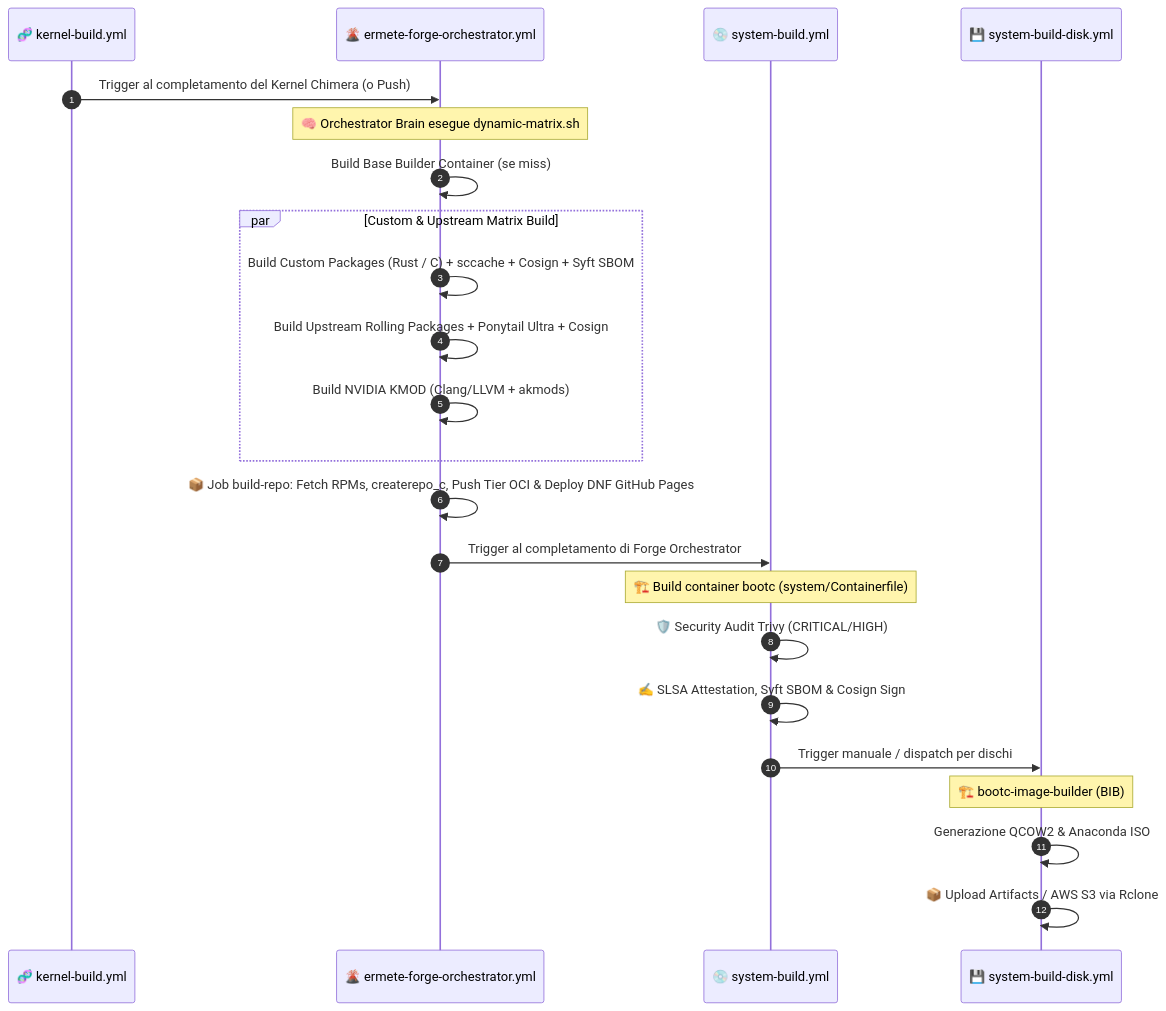
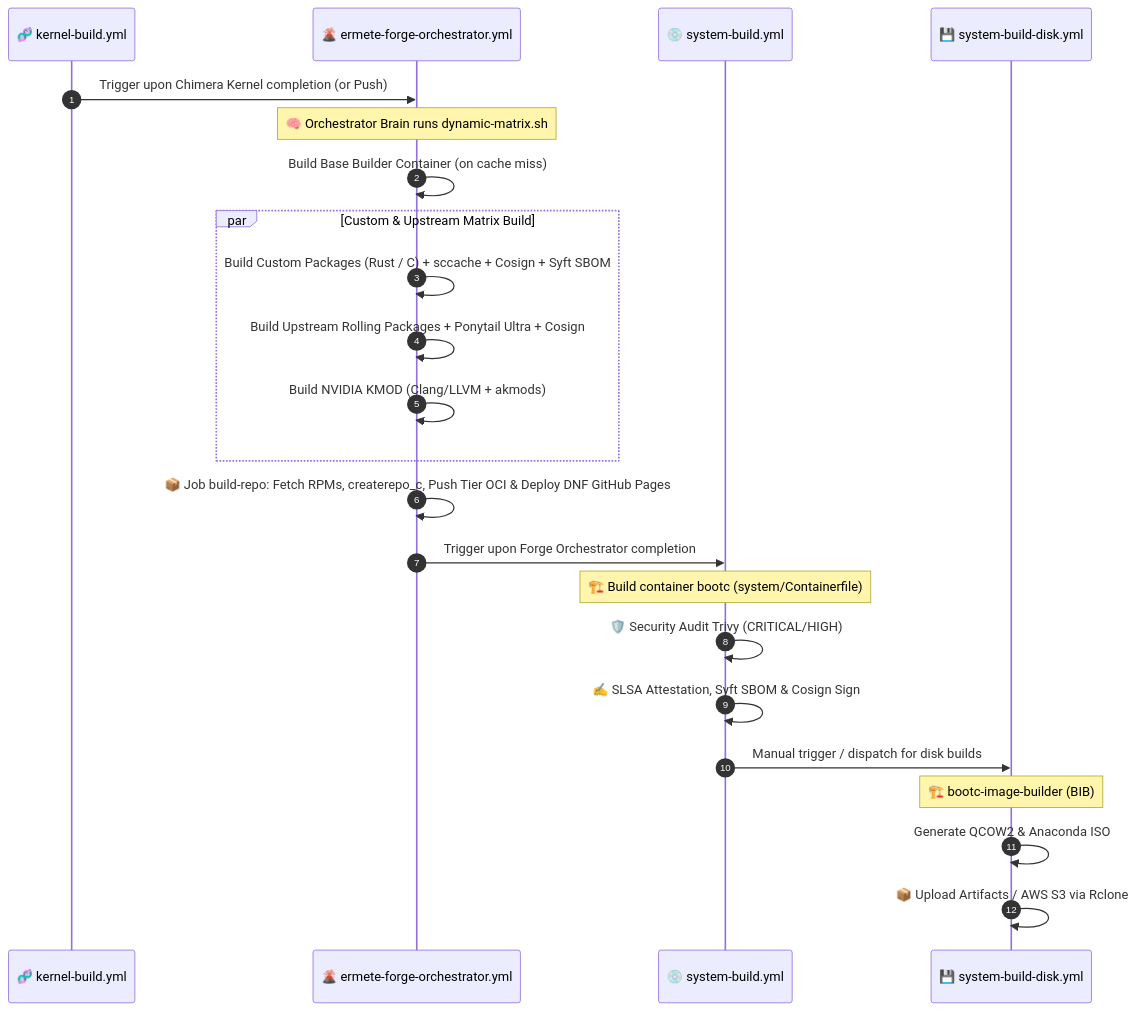
Before and after one commit to hr-mes/ermete-os: the second of 2 diagrams in docs/architecture/doc_build_system.md, drawn with Mermaid. The commit also changed other lines of this file and 11 other files, not shown here.

Commit message:
docs(core): enterprise uplift via shared-docs-sync agent for deep architecture

````diff
--- a/docs/architecture/doc_build_system.md
+++ b/docs/architecture/doc_build_system.md
@@ -202,26 +202,26 @@
 ```mermaid
 sequenceDiagram
     autonumber
     participant KB as 🧬 kernel-build.yml
     participant FO as 🌋 ermete-forge-orchestrator.yml
     participant SB as 💿 system-build.yml
     participant SD as 💾 system-build-disk.yml
 
-    KB->>FO: Trigger al completamento del Kernel Chimera (o Push)
-    Note over FO: 🧠 Orchestrator Brain esegue dynamic-matrix.sh
-    FO->>FO: Build Base Builder Container (se miss)
+    KB->>FO: Trigger upon Chimera Kernel completion (or Push)
+    Note over FO: 🧠 Orchestrator Brain runs dynamic-matrix.sh
+    FO->>FO: Build Base Builder Container (on cache miss)
     par Custom & Upstream Matrix Build
         FO->>FO: Build Custom Packages (Rust / C) + sccache + Cosign + Syft SBOM
         FO->>FO: Build Upstream Rolling Packages + Ponytail Ultra + Cosign
         FO->>FO: Build NVIDIA KMOD (Clang/LLVM + akmods)
     end
     FO->>FO: 📦 Job build-repo: Fetch RPMs, createrepo_c, Push Tier OCI & Deploy DNF GitHub Pages
-    FO->>SB: Trigger al completamento di Forge Orchestrator
+    FO->>SB: Trigger upon Forge Orchestrator completion
     Note over SB: 🏗️ Build container bootc (system/Containerfile)
     SB->>SB: 🛡️ Security Audit Trivy (CRITICAL/HIGH)
     SB->>SB: ✍️ SLSA Attestation, Syft SBOM & Cosign Sign
-    SB->>SD: Trigger manuale / dispatch per dischi
+    SB->>SD: Manual trigger / dispatch for disk builds
     Note over SD: 🏗️ bootc-image-builder (BIB)
-    SD->>SD: Generazione QCOW2 & Anaconda ISO
+    SD->>SD: Generate QCOW2 & Anaconda ISO
     SD->>SD: 📦 Upload Artifacts / AWS S3 via Rclone
 ```
````
